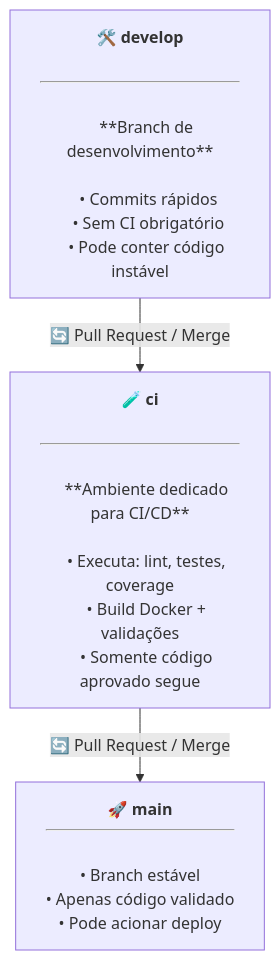
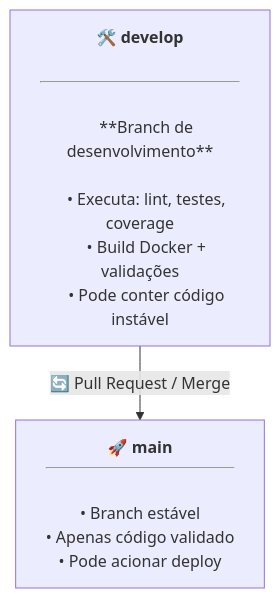
One commit to rodrigols89/rag-project changed the diagram in README.md. Above: the diagram before and after it, drawn with Mermaid. The commit also changed other lines of this file, not shown here.

````diff
--- a/README.md
+++ b/README.md
@@ -270,29 +270,19 @@
 ```mermaid
 flowchart TD
 
     DEVELOP["🛠️ <b>develop</b>
     <hr/>
     **Branch de desenvolvimento**<br/>
-    • Commits rápidos
-    • Sem CI obrigatório
-    • Pode conter código instável"]
-
-
-    CI["🧪 <b>ci</b>
-    <hr/>
-    **Ambiente dedicado para CI/CD**<br/>
     • Executa: lint, testes, coverage
     • Build Docker + validações
-    • Somente código aprovado segue"]
-
+    • Pode conter código instável"]
 
     MAIN["🚀 <b>main</b>
     <hr/>
     • Branch estável
     • Apenas código validado
     • Pode acionar deploy"]
 
 
-    DEVELOP -->|"🔄 Pull Request / Merge"| CI
-    CI -->|"🔄 Pull Request / Merge"| MAIN
+    DEVELOP -->|"🔄 Pull Request / Merge"| MAIN
 ```
````
